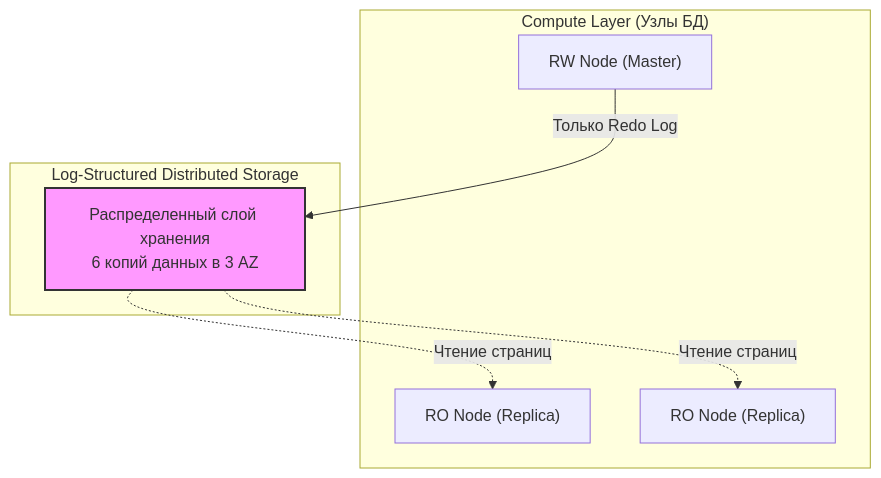
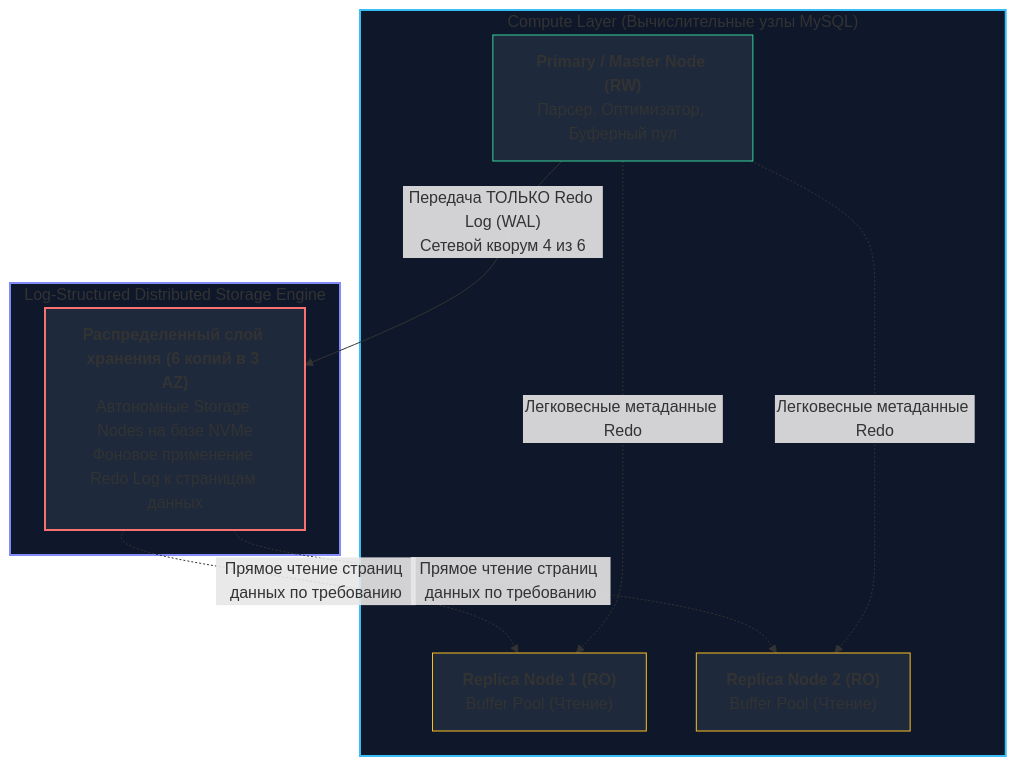
The second of 2 diagrams in sources/12. Базы данных/07. MySQL и форки/9. AliDB и облачные форки.md (UnrealTemplier/go-textbook), drawn with Mermaid before and after one commit. The commit also changed other lines of this file, not shown here.

````diff
--- a/sources/12. Базы данных/07. MySQL и форки/9. AliDB и облачные форки.md
+++ b/sources/12. Базы данных/07. MySQL и форки/9. AliDB и облачные форки.md
@@ -24,18 +48,25 @@
 ```mermaid
 flowchart TD
-    subgraph ComputeLayer ["Compute Layer (Узлы БД)"]
-        RW["RW Node (Master)"]
-        RO1["RO Node (Replica)"]
-        RO2["RO Node (Replica)"]
+    subgraph ComputeLayer ["Compute Layer (Вычислительные узлы MySQL)"]
+        RW["<b>Primary / Master Node (RW)</b><br>Парсер, Оптимизатор, Буферный пул"]
+        RO1["<b>Replica Node 1 (RO)</b><br>Buffer Pool (Чтение)"]
+        RO2["<b>Replica Node 2 (RO)</b><br>Buffer Pool (Чтение)"]
     end
 
-    subgraph StorageLayer ["Log-Structured Distributed Storage"]
-        DS["Распределенный слой хранения<br>6 копий данных в 3 AZ"]
+    subgraph StorageLayer ["Log-Structured Distributed Storage Engine"]
+        DS["<b>Распределенный слой хранения (6 копий в 3 AZ)</b><br>Автономные Storage Nodes на базе NVMe<br>Фоновое применение Redo Log к страницам данных"]
     end
 
-    RW -->|"Только Redo Log"| DS
-    DS -.->|"Чтение страниц"| RO1
-    DS -.->|"Чтение страниц"| RO2
-    
-    style DS fill:#f9f,stroke:#333,stroke-width:2px
+    RW -->|"Передача ТОЛЬКО Redo Log (WAL)<br>Сетевой кворум 4 из 6"| DS
+    DS -.->|"Прямое чтение страниц данных по требованию"| RO1
+    DS -.->|"Прямое чтение страниц данных по требованию"| RO2
+    RW -.->|"Легковесные метаданные Redo"| RO1
+    RW -.->|"Легковесные метаданные Redo"| RO2
+
+    style ComputeLayer fill:#0f172a,stroke:#38bdf8,stroke-width:2px
+    style StorageLayer fill:#0f172a,stroke:#818cf8,stroke-width:2px
+    style RW fill:#1e293b,stroke:#34d399,stroke-width:1px
+    style RO1 fill:#1e293b,stroke:#fbbf24,stroke-width:1px
+    style RO2 fill:#1e293b,stroke:#fbbf24,stroke-width:1px
+    style DS fill:#1e293b,stroke:#f87171,stroke-width:2px
 ```
````
